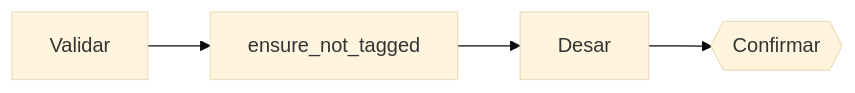
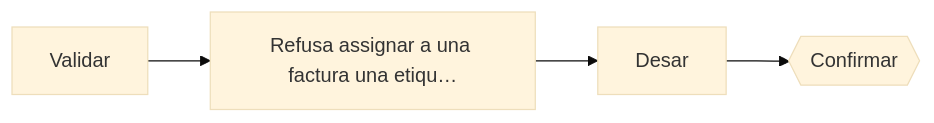
The diagram in examples/invoices/docs/resources/invoice_tags.md (EloiSans/python-resource-engine), drawn with Mermaid (base theme) before and after one commit. The commit also changed other lines of this file and 41 other files, not shown here.

````diff
--- a/examples/invoices/docs/resources/invoice_tags.md
+++ b/examples/invoices/docs/resources/invoice_tags.md
@@ -54,10 +48,10 @@
 ```mermaid
 flowchart LR
     s0["Validar"]
-    s1["ensure_not_tagged"]
+    s1["Refusa assignar a una factura una etiqu…"]
     s0 --> s1
     s2["Desar"]
     s1 --> s2
     s3{{"Confirmar"}}
     s2 --> s3
 ```
````
